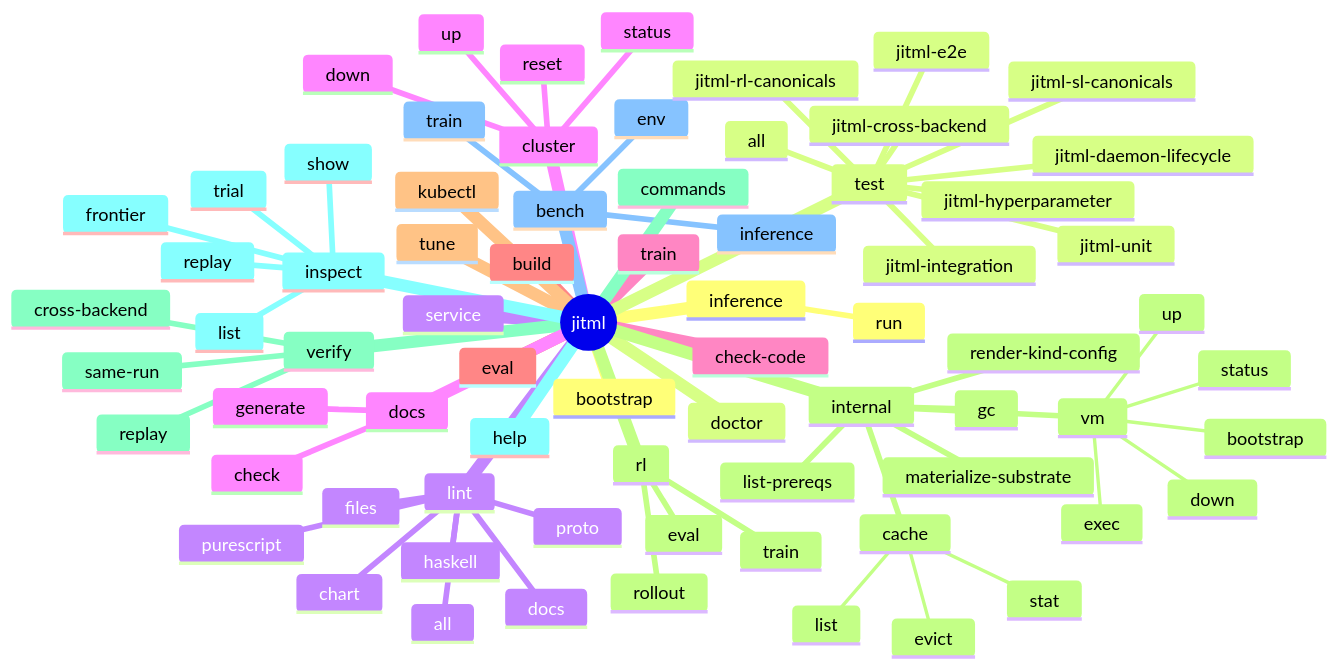
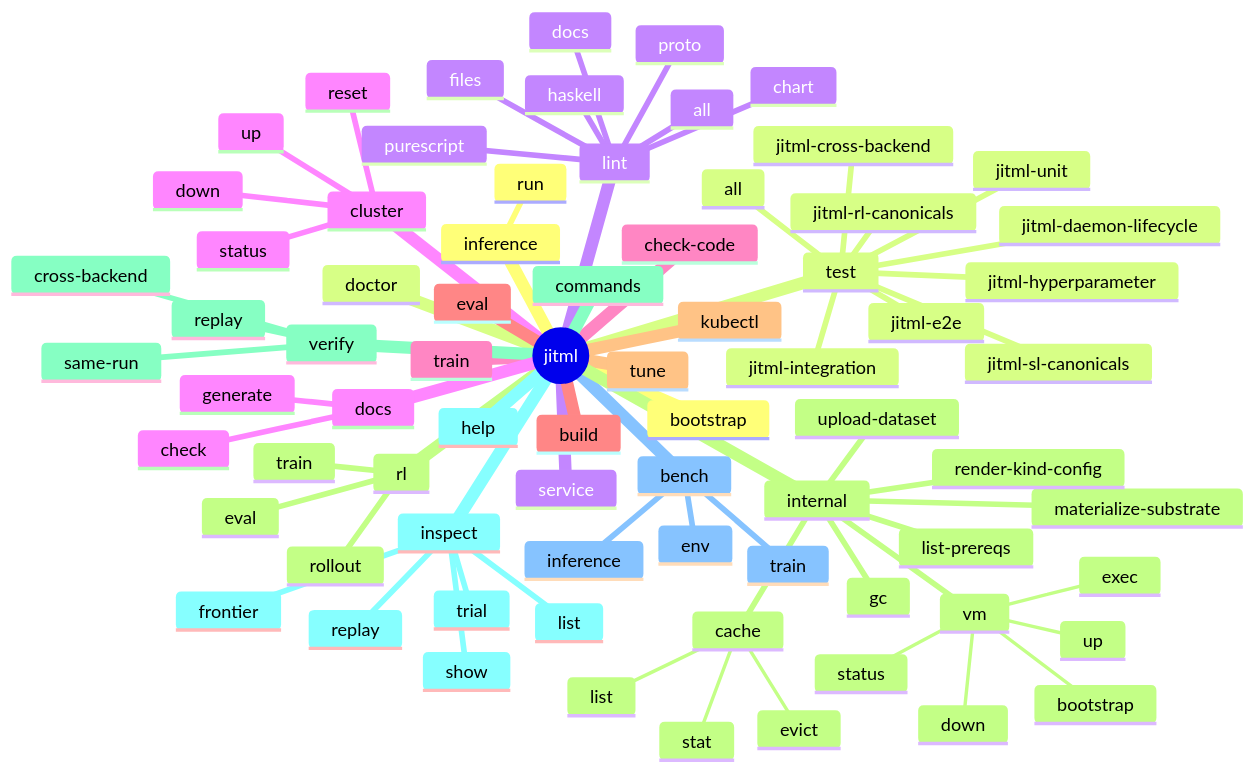
One commit to Tuee22/jitML changed the first of 4 diagrams in README.md. Above: the diagram before and after it, drawn with Mermaid. The commit also changed other lines of this file and 49 other files, not shown here.

````diff
--- a/README.md
+++ b/README.md
@@ -664,76 +664,77 @@
 ```mermaid
 mindmap
   root((jitml))
     bootstrap
     doctor
     service
     cluster
       up
       down
       status
       reset
     train
     eval
     tune
     rl
       train
       eval
       rollout
     verify
       same-run
       cross-backend
       replay
     inspect
       list
       show
       replay
       trial
       frontier
     bench
       train
       inference
       env
     inference
       run
     test
       all
       jitml-unit
       jitml-integration
       jitml-sl-canonicals
       jitml-rl-canonicals
       jitml-hyperparameter
       jitml-cross-backend
       jitml-daemon-lifecycle
       jitml-e2e
     lint
       files
       docs
       proto
       chart
       haskell
       purescript
       all
     docs
       check
       generate
     check-code
     build
     kubectl
     internal
       materialize-substrate
       render-kind-config
       list-prereqs
+      upload-dataset
       gc
       vm
         bootstrap
         up
         down
         status
         exec
       cache
         stat
         list
         evict
     commands
     help
 ```
````
